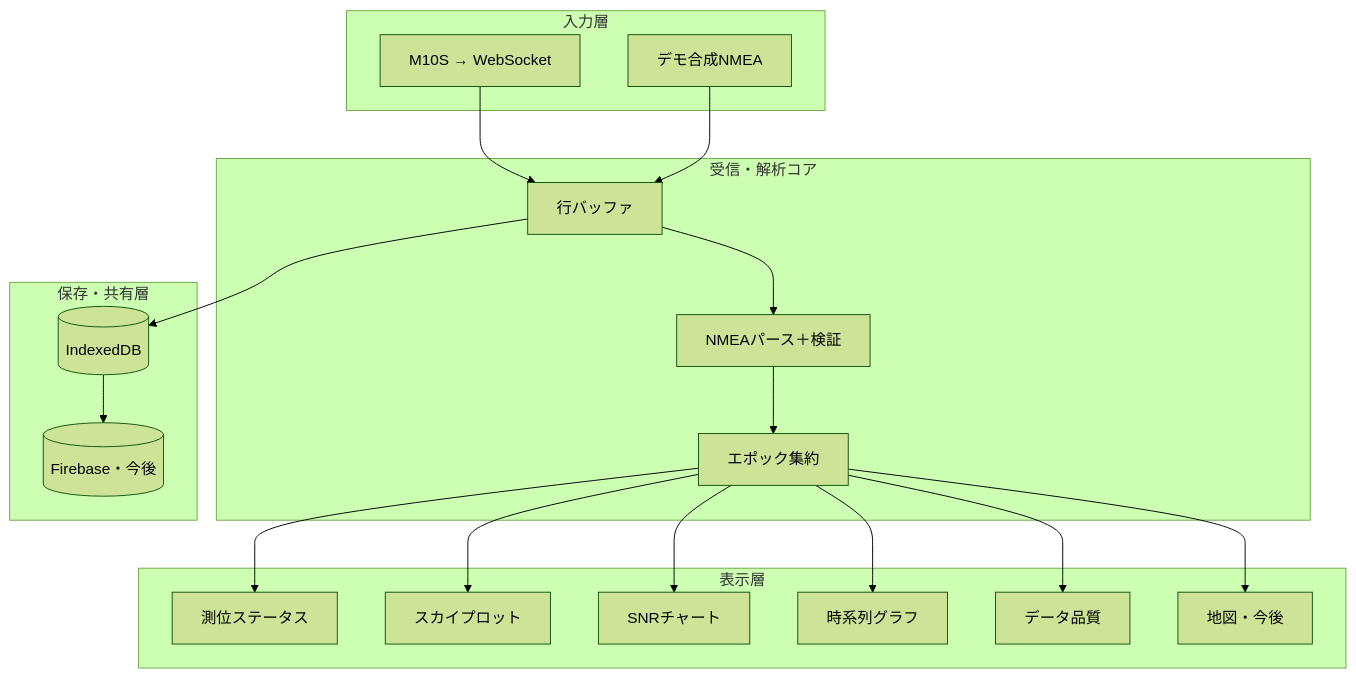
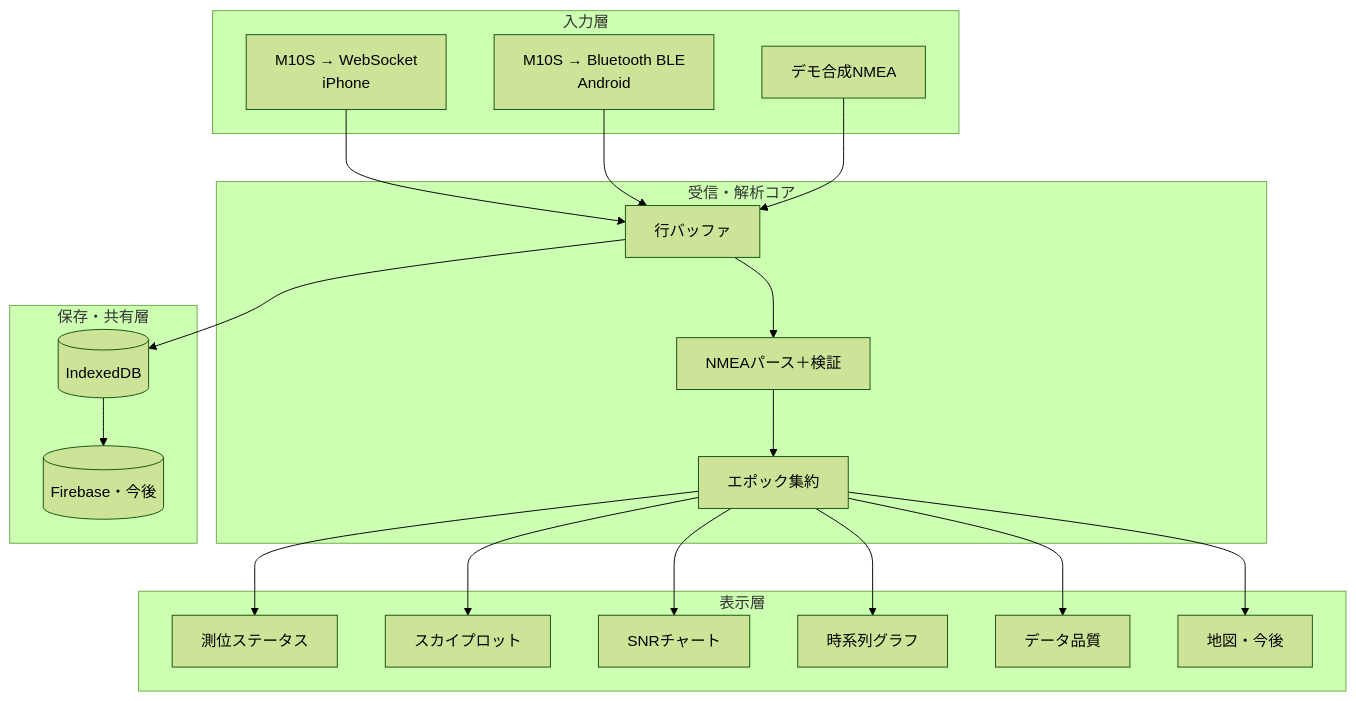
The first of 3 diagrams in docs/funcspec-202606.md (sato4app/gnss-scope), drawn with Mermaid (forest theme) before and after one commit. The commit also changed other lines of this file and 19 other files, not shown here.

````diff
--- a/docs/funcspec-202606.md
+++ b/docs/funcspec-202606.md
@@ -44,36 +50,38 @@
 ```mermaid
 graph TD
   subgraph IN[入力層]
-    WS[M10S → WebSocket]
+    WS[M10S → WebSocket<br/>iPhone]
+    BLE[M10S → Bluetooth BLE<br/>Android]
     MK[デモ合成NMEA]
   end
   subgraph CORE[受信・解析コア]
     LB[行バッファ]
     PAR[NMEAパース＋検証]
     EP[エポック集約]
   end
   subgraph VIEW[表示層]
     FIX[測位ステータス]
     SKY[スカイプロット]
     SNR[SNRチャート]
     TS[時系列グラフ]
     DQ[データ品質]
     MAP[地図・今後]
   end
   subgraph STORE[保存・共有層]
     IDB[(IndexedDB)]
     FB[(Firebase・今後)]
   end
   WS --> LB
+  BLE --> LB
   MK --> LB
   LB --> PAR
   PAR --> EP
   LB --> IDB
   EP --> FIX
   EP --> SKY
   EP --> SNR
   EP --> TS
   EP --> DQ
   EP --> MAP
   IDB --> FB
 ```
````
